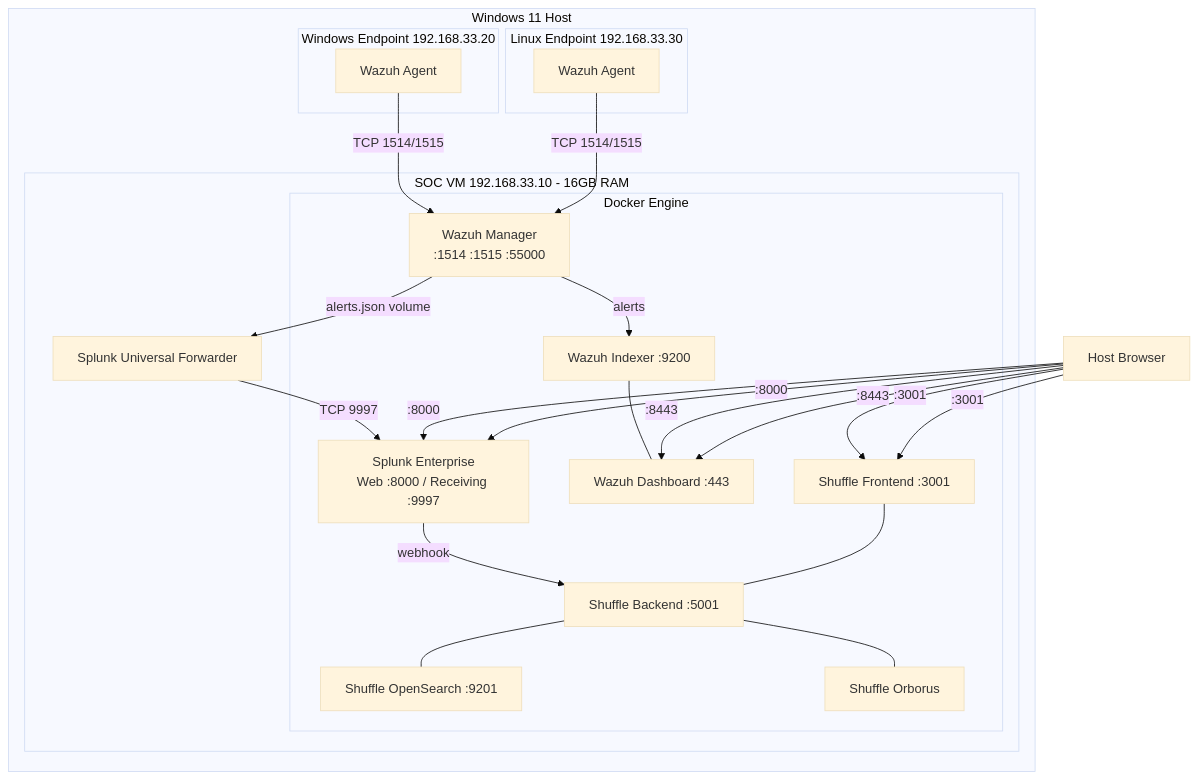
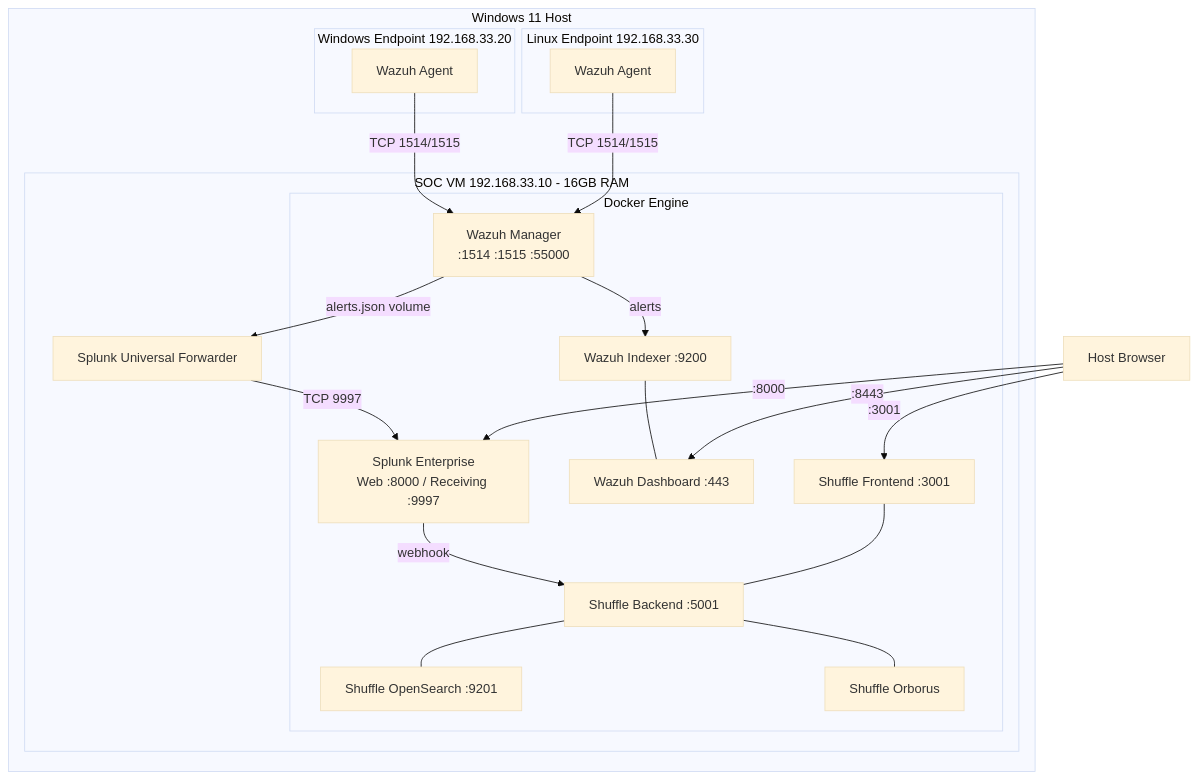
The diagram in README.md (filipperichta/soar-lab), drawn with Mermaid (base theme) before and after one commit. The commit also changed other lines of this file, not shown here.

````diff
--- a/README.md
+++ b/README.md
@@ -3,44 +7,40 @@
 ```mermaid
 graph TB
     BROWSER["Host Browser"]
 
     subgraph HOST["Windows 11 Host"]
         subgraph WIN["Windows Endpoint 192.168.33.20"]
             WAZUH_WIN["Wazuh Agent"]
         end
         subgraph LIN["Linux Endpoint 192.168.33.30"]
             WAZUH_LIN["Wazuh Agent"]
         end
         subgraph SOC["SOC VM 192.168.33.10 - 16GB RAM"]
             UF["Splunk Universal Forwarder"]
             subgraph DOCKER["Docker Engine"]
                 SPLUNK["Splunk Enterprise\nWeb :8000 / Receiving :9997"]
                 WAZUH_MGR["Wazuh Manager\n:1514 :1515 :55000"]
                 WAZUH_IDX["Wazuh Indexer :9200"]
                 WAZUH_DSH["Wazuh Dashboard :443"]
                 SHUFFLE_FE["Shuffle Frontend :3001"]
                 SHUFFLE_BE["Shuffle Backend :5001"]
                 SHUFFLE_OS["Shuffle OpenSearch :9201"]
                 SHUFFLE_OR["Shuffle Orborus"]
             end
         end
     end
 
     WAZUH_WIN -->|TCP 1514/1515| WAZUH_MGR
     WAZUH_LIN -->|TCP 1514/1515| WAZUH_MGR
     WAZUH_MGR -->|alerts| WAZUH_IDX
     WAZUH_IDX --- WAZUH_DSH
     WAZUH_MGR -->|alerts.json volume| UF
     UF -->|TCP 9997| SPLUNK
     SPLUNK -->|webhook| SHUFFLE_BE
     SHUFFLE_BE --- SHUFFLE_OS
     SHUFFLE_BE --- SHUFFLE_OR
     SHUFFLE_FE --- SHUFFLE_BE
     BROWSER -->|:8000| SPLUNK
     BROWSER -->|:8443| WAZUH_DSH
     BROWSER -->|:3001| SHUFFLE_FE
-
-    BROWSER -->|:8000| SPLUNK
-    BROWSER -->|:8443| WAZUH_DSH
-    BROWSER -->|:3001| SHUFFLE_FE
 ```
````
